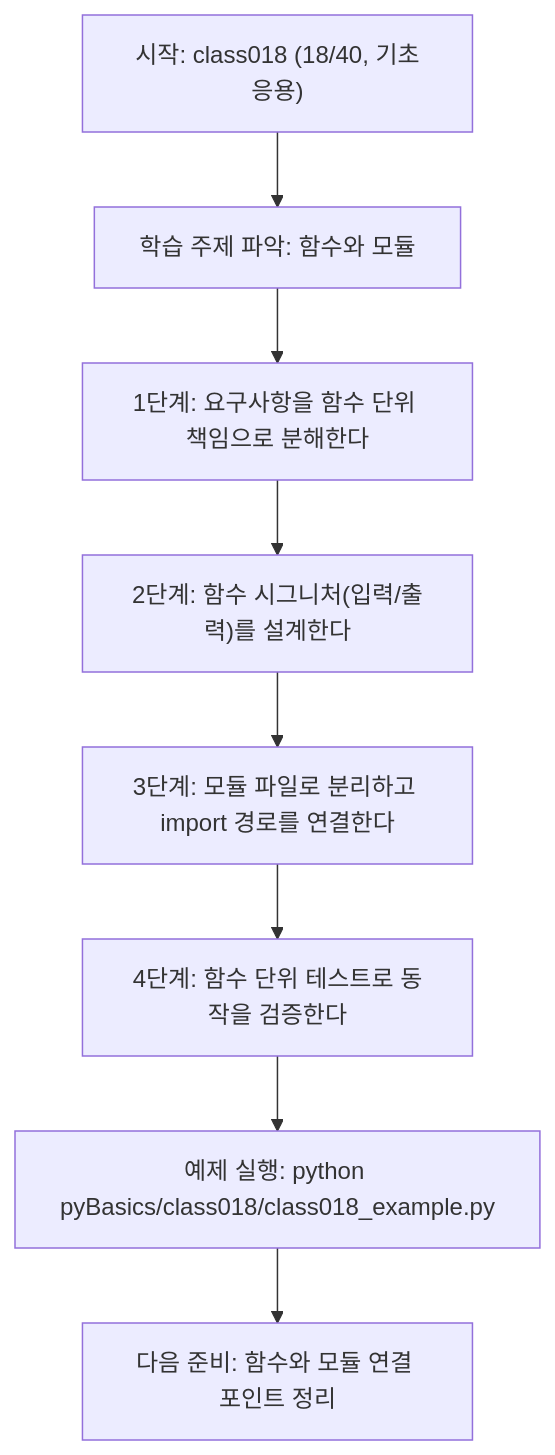
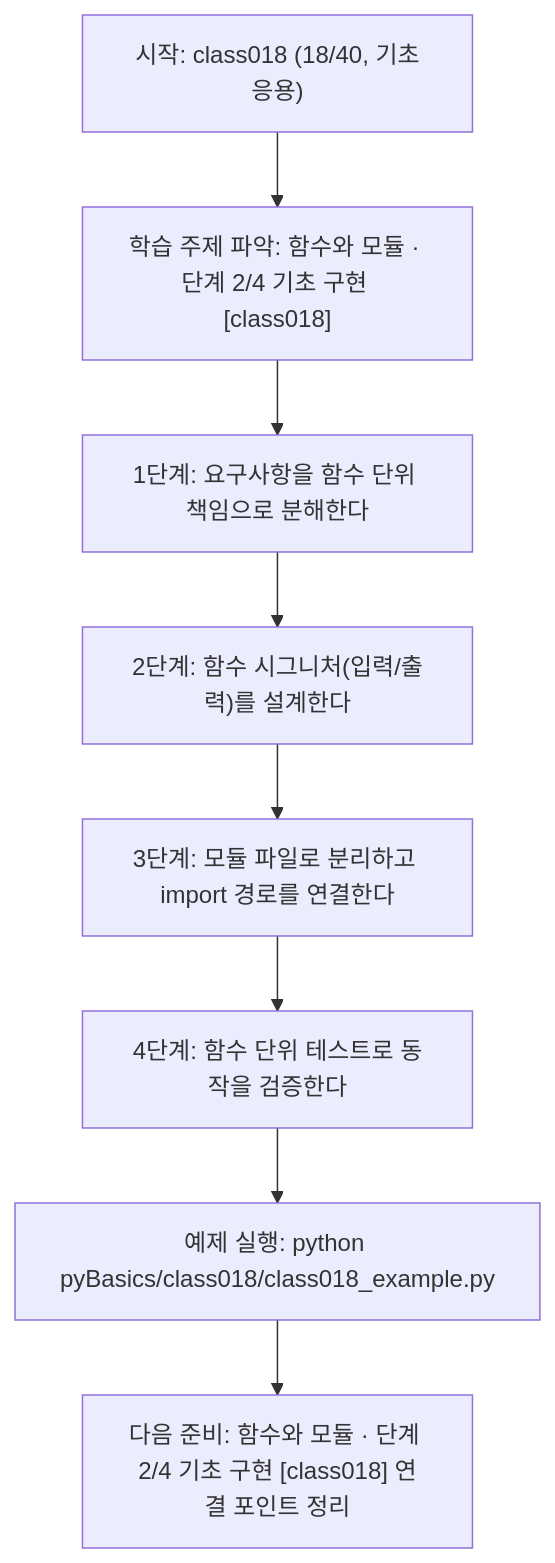
One commit to edumgt/Python-AI_Agent-Class changed the diagram in pyBasics/class018/class018.md. Above: the diagram before and after it, drawn with Mermaid. The commit also changed other lines of this file and 522 other files, not shown here.

````diff
--- a/pyBasics/class018/class018.md
+++ b/pyBasics/class018/class018.md
@@ -108,18 +109,18 @@
 ```mermaid
 flowchart TD
 N1["시작: class018 (18/40, 기초응용)"]
-N2["학습 주제 파악: 함수와 모듈"]
+N2["학습 주제 파악: 함수와 모듈 · 단계 2/4 기초 구현 [class018]"]
 N3["1단계: 요구사항을 함수 단위 책임으로 분해한다"]
 N4["2단계: 함수 시그니처(입력/출력)를 설계한다"]
 N5["3단계: 모듈 파일로 분리하고 import 경로를 연결한다"]
 N6["4단계: 함수 단위 테스트로 동작을 검증한다"]
 N7["예제 실행: python pyBasics/class018/class018_example.py"]
-N8["다음 준비: 함수와 모듈 연결 포인트 정리"]
+N8["다음 준비: 함수와 모듈 · 단계 2/4 기초 구현 [class018] 연결 포인트 정리"]
 N1 --> N2
 N2 --> N3
 N3 --> N4
 N4 --> N5
 N5 --> N6
 N6 --> N7
 N7 --> N8
 ```
````
